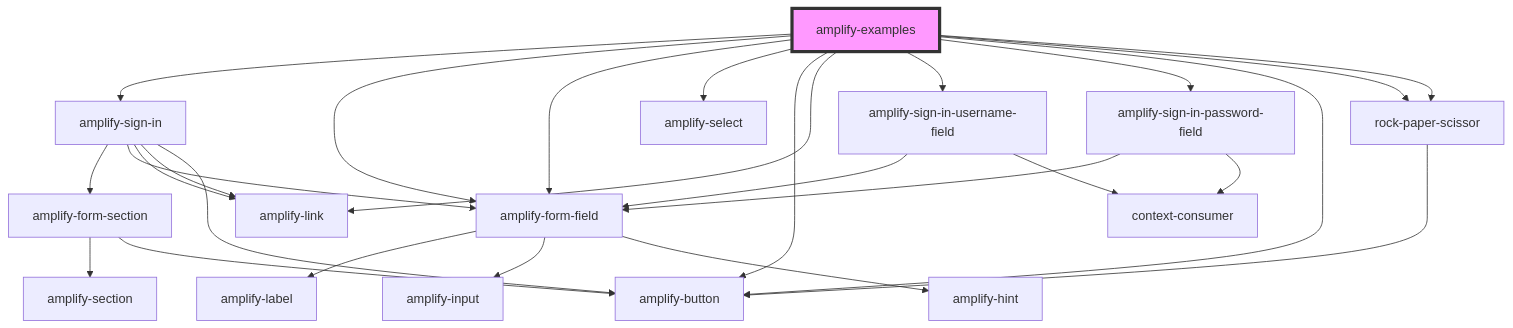
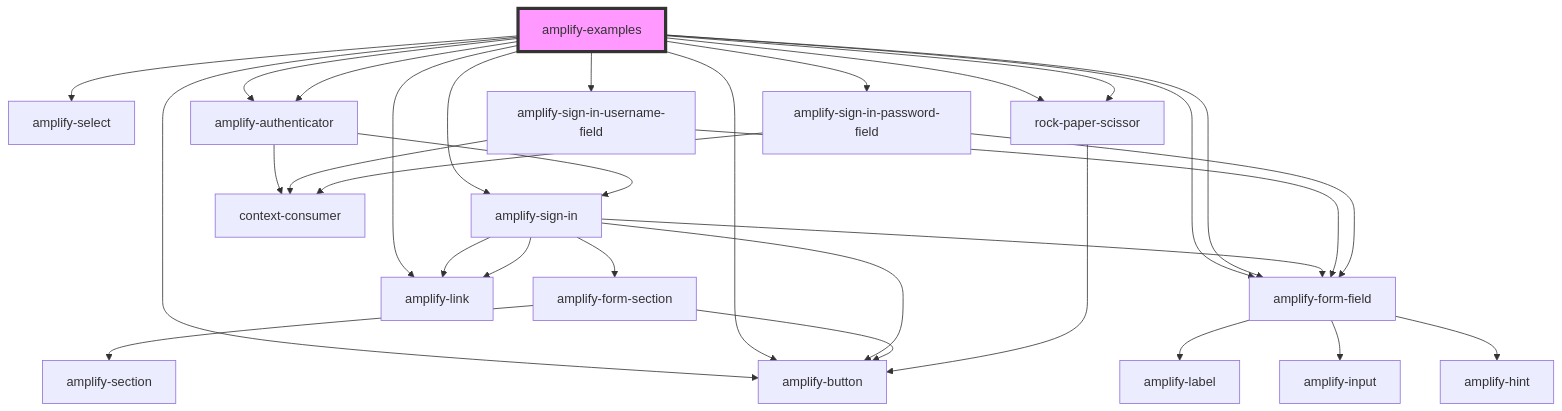
Before and after one commit to aws-amplify/amplify-js: the diagram in packages/amplify-ui-components/src/components/amplify-examples/readme.md, drawn with Mermaid. The commit also changed other lines of this file and 12 other files, not shown here.

````diff
--- a/packages/amplify-ui-components/src/components/amplify-examples/readme.md
+++ b/packages/amplify-ui-components/src/components/amplify-examples/readme.md
@@ -25,30 +27,34 @@
 ```mermaid
 graph TD;
   amplify-examples --> amplify-sign-in
   amplify-examples --> amplify-form-field
   amplify-examples --> amplify-form-field
   amplify-examples --> amplify-select
   amplify-examples --> amplify-button
   amplify-examples --> amplify-link
+  amplify-examples --> amplify-authenticator
   amplify-examples --> amplify-sign-in-username-field
   amplify-examples --> amplify-sign-in-password-field
   amplify-examples --> amplify-button
+  amplify-examples --> amplify-authenticator
   amplify-examples --> rock-paper-scissor
   amplify-examples --> rock-paper-scissor
   amplify-sign-in --> amplify-form-section
   amplify-sign-in --> amplify-form-field
   amplify-sign-in --> amplify-link
   amplify-sign-in --> amplify-link
   amplify-sign-in --> amplify-button
   amplify-form-section --> amplify-section
   amplify-form-section --> amplify-button
   amplify-form-field --> amplify-label
   amplify-form-field --> amplify-input
   amplify-form-field --> amplify-hint
+  amplify-authenticator --> amplify-sign-in
+  amplify-authenticator --> context-consumer
   amplify-sign-in-username-field --> amplify-form-field
   amplify-sign-in-username-field --> context-consumer
   amplify-sign-in-password-field --> amplify-form-field
   amplify-sign-in-password-field --> context-consumer
   rock-paper-scissor --> amplify-button
   style amplify-examples fill:#f9f,stroke:#333,stroke-width:4px
 ```
````
